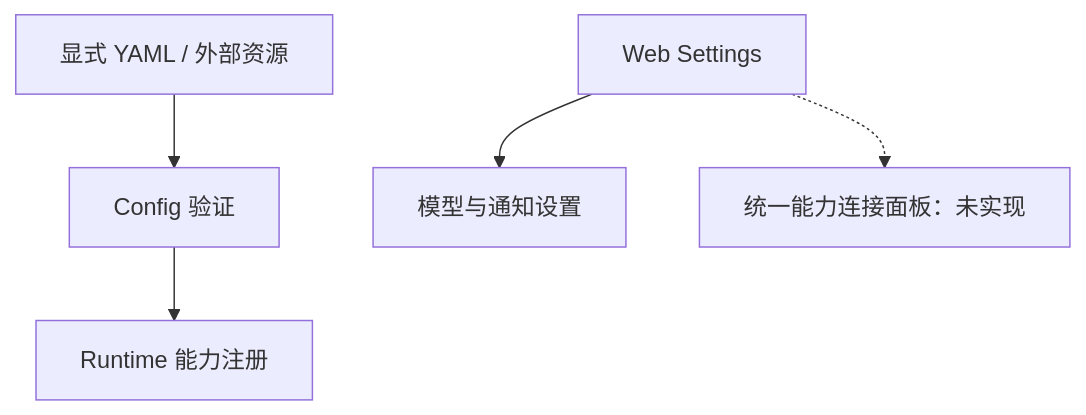
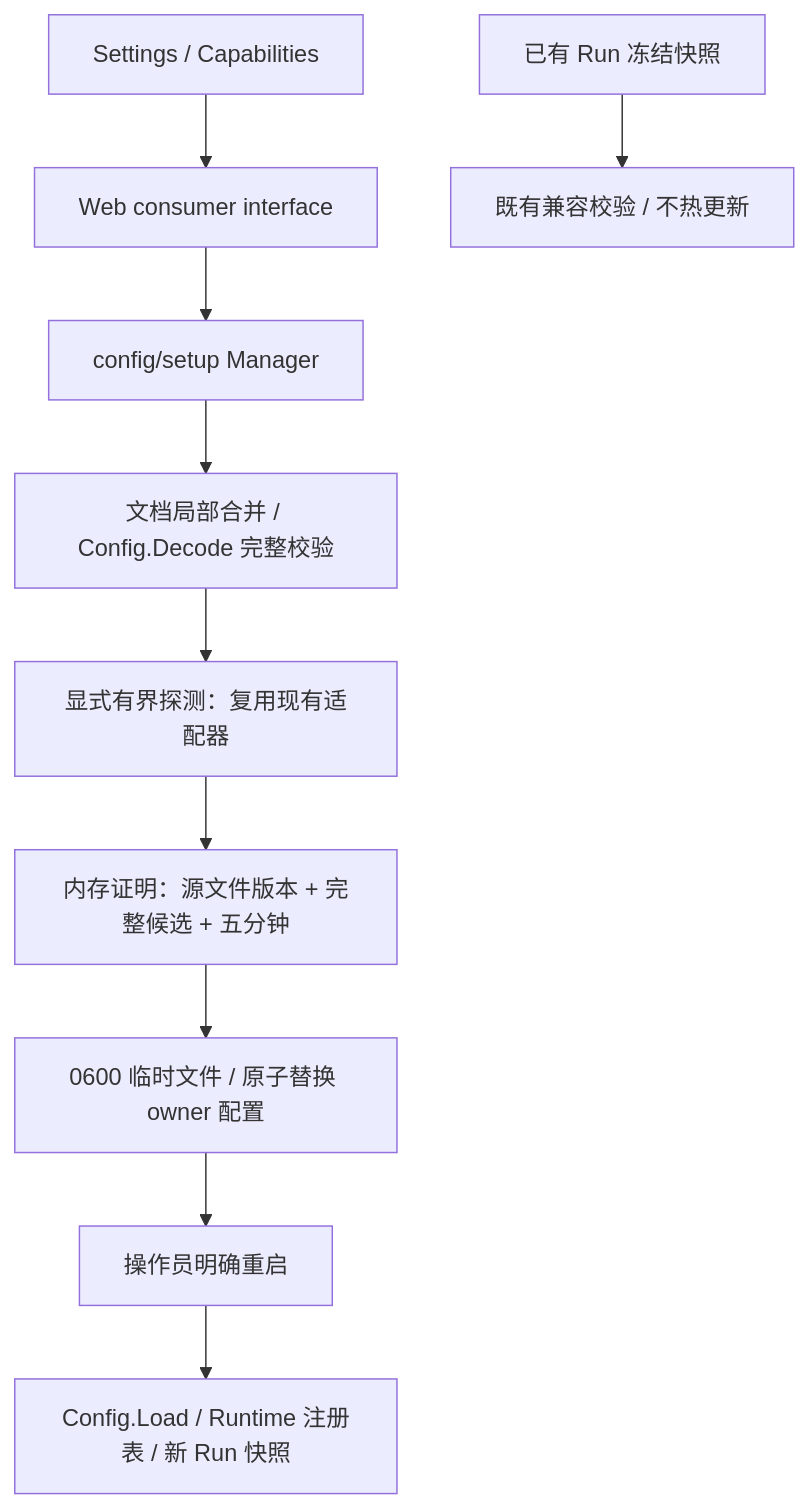
One commit to z-chenhao/assistant changed the diagram in docs/designs/capability-setup.md. Above: the diagram before and after it, drawn with Mermaid. The commit also changed other lines of this file and 34 other files, not shown here.

````diff
--- a/docs/designs/capability-setup.md
+++ b/docs/designs/capability-setup.md
@@ -11,7 +11,12 @@
 ```mermaid
 flowchart TD
-    Y["显式 YAML / 外部资源"] --> C["Config 验证"]
-    C --> R["Runtime 能力注册"]
-    S["Web Settings"] --> M["模型与通知设置"]
-    S -.-> U["统一能力连接面板：未实现"]
+    W["Settings / Capabilities"] --> I["Web consumer interface"]
+    I --> S["config/setup Manager"]
+    S --> D["文档局部合并 / Config.Decode 完整校验"]
+    D --> P["显式有界探测：复用现有适配器"]
+    P --> V["内存证明：源文件版本 + 完整候选 + 五分钟"]
+    V --> F["0600 临时文件 / 原子替换 owner 配置"]
+    F --> R["操作员明确重启"]
+    R --> C["Config.Load / Runtime 注册表 / 新 Run 快照"]
+    O["已有 Run 冻结快照"] --> G["既有兼容校验 / 不热更新"]
 ```
````
